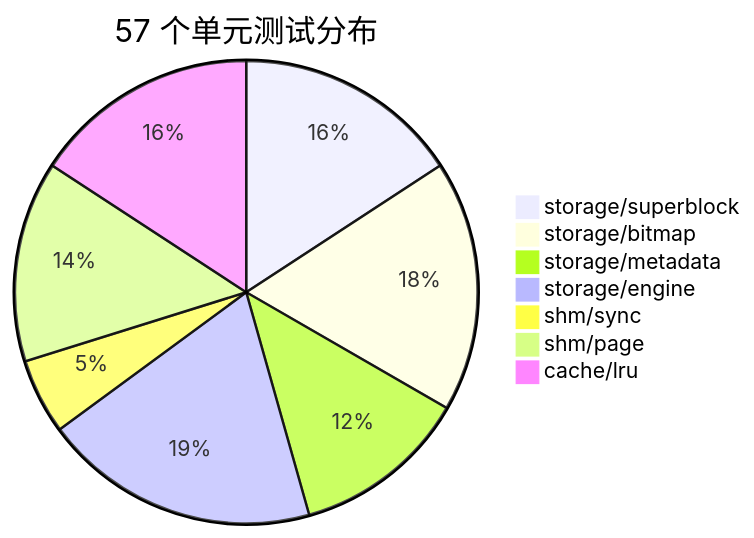
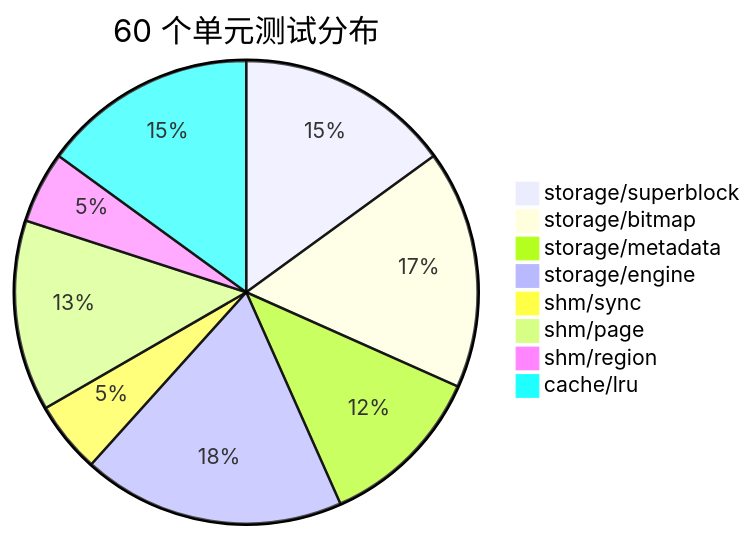
Diagram 16 of 16 in design.md (Faye-bit/MiniOS_CUG_SE_OS), drawn with Mermaid before and after one commit. The commit also changed other lines of this file, not shown here.

````diff
--- a/design.md
+++ b/design.md
@@ -526,10 +592,11 @@
 ```mermaid
-pie title 57 个单元测试分布
+pie title 60 个单元测试分布
     "storage/superblock" : 9
     "storage/bitmap" : 10
     "storage/metadata" : 7
     "storage/engine" : 11
     "shm/sync" : 3
     "shm/page" : 8
+    "shm/region" : 3
     "cache/lru" : 9
 ```
````
